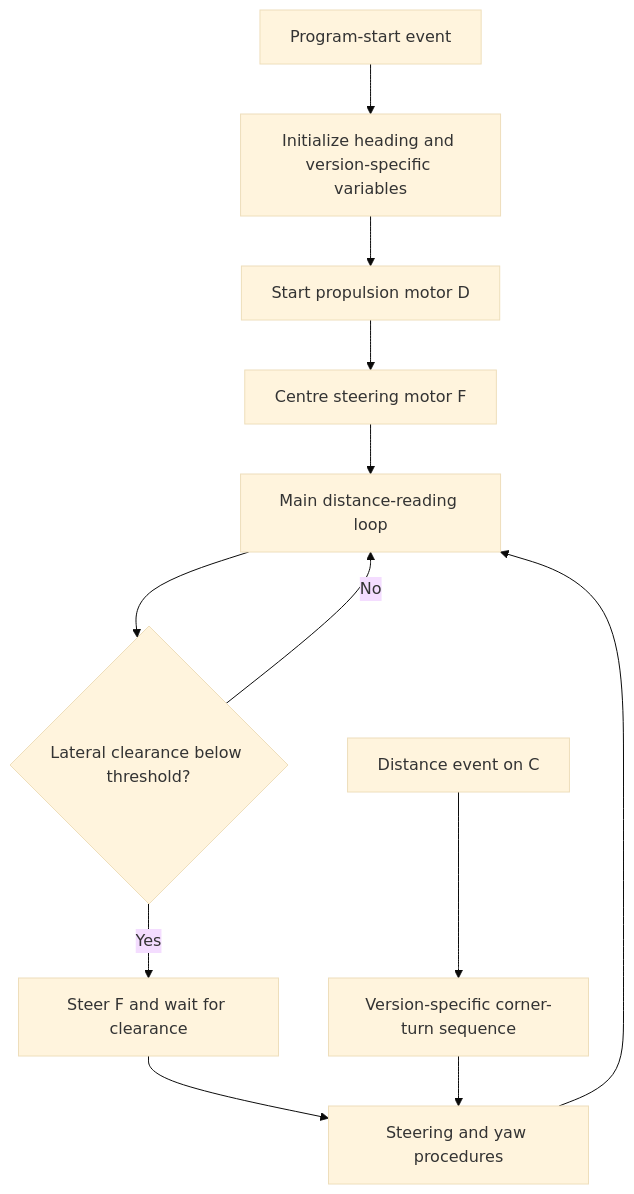
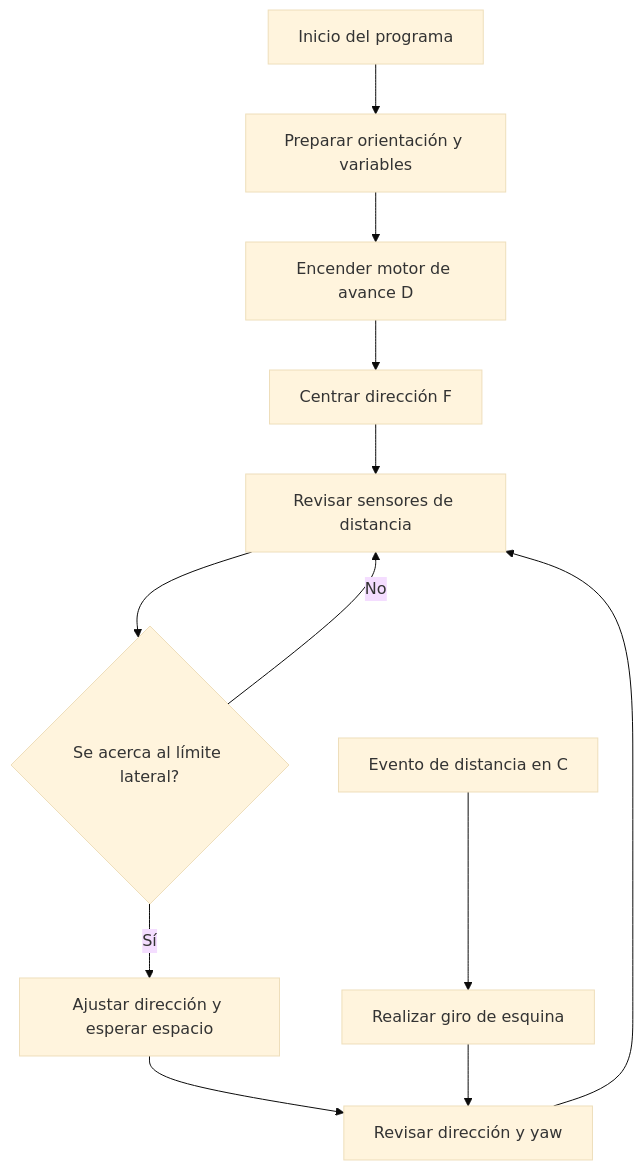
Before and after one commit to WROCompetitionTeam2026/WRO-Competition-Practice: the diagram in README.md, drawn with Mermaid (base theme). The commit also changed other lines of this file and 111 other files, not shown here.

````diff
--- a/README.md
+++ b/README.md
@@ -119,14 +115,14 @@
 ```mermaid
 flowchart TD
-    A[Program-start event] --> B[Initialize heading and version-specific variables]
-    B --> C[Start propulsion motor D]
-    C --> D[Centre steering motor F]
-    D --> E[Main distance-reading loop]
-    E --> F{Lateral clearance below threshold?}
-    F -->|Yes| G[Steer F and wait for clearance]
-    G --> H[Steering and yaw procedures]
+    A[Inicio del programa] --> B[Preparar orientación y variables]
+    B --> C[Encender motor de avance D]
+    C --> D[Centrar dirección F]
+    D --> E[Revisar sensores de distancia]
+    E --> F{Se acerca al límite lateral?}
+    F -->|Sí| G[Ajustar dirección y esperar espacio]
+    G --> H[Revisar dirección y yaw]
     H --> E
     F -->|No| E
-    I[Distance event on C] --> J[Version-specific corner-turn sequence]
+    I[Evento de distancia en C] --> J[Realizar giro de esquina]
     J --> H
 ```
````
